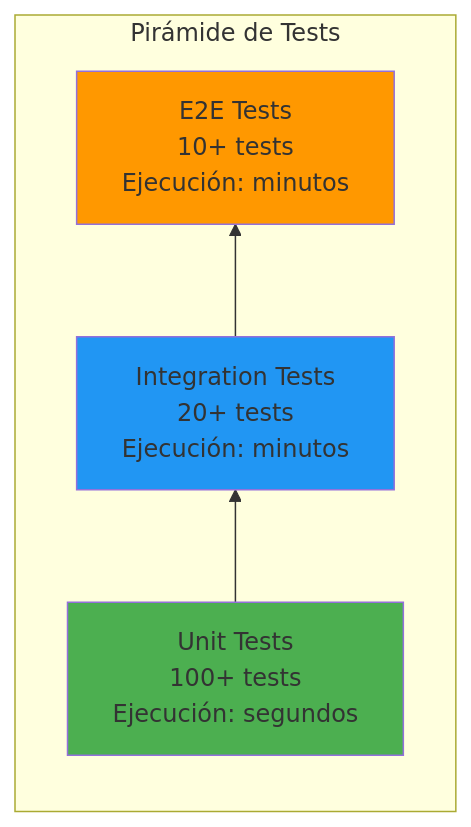
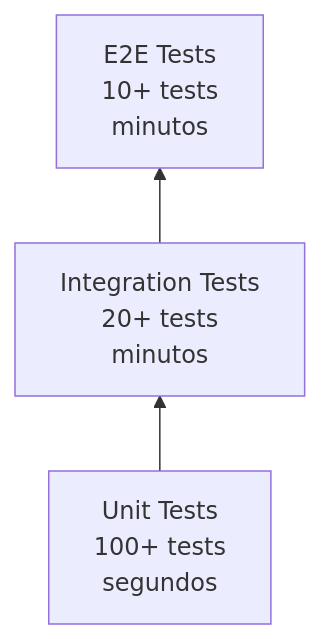
Before and after one commit to joseluisgs/TiendaDawApi-NetCore: the fifth of 7 diagrams in doc/28-ci-cd.md, drawn with Mermaid. The commit also changed other lines of this file, not shown here.

````diff
--- a/doc/28-ci-cd.md
+++ b/doc/28-ci-cd.md
@@ -289,12 +202,5 @@
 ```mermaid
-flowchart TD
-    subgraph Pirámide["Pirámide de Tests"]
-        direction BT
-        A[Unit Tests<br/>100+ tests<br/>Ejecución: segundos] --> B[Integration Tests<br/>20+ tests<br/>Ejecución: minutos]
-        B --> C[E2E Tests<br/>10+ tests<br/>Ejecución: minutos]
-    end
-    
-    style A fill:#4CAF50
-    style B fill:#2196F3
-    style C fill:#FF9800
+flowchart BT
+    Unit[Unit Tests<br/>100+ tests<br/>segundos] --> Integration[Integration Tests<br/>20+ tests<br/>minutos]
+    Integration --> E2E[E2E Tests<br/>10+ tests<br/>minutos]
 ```
````
